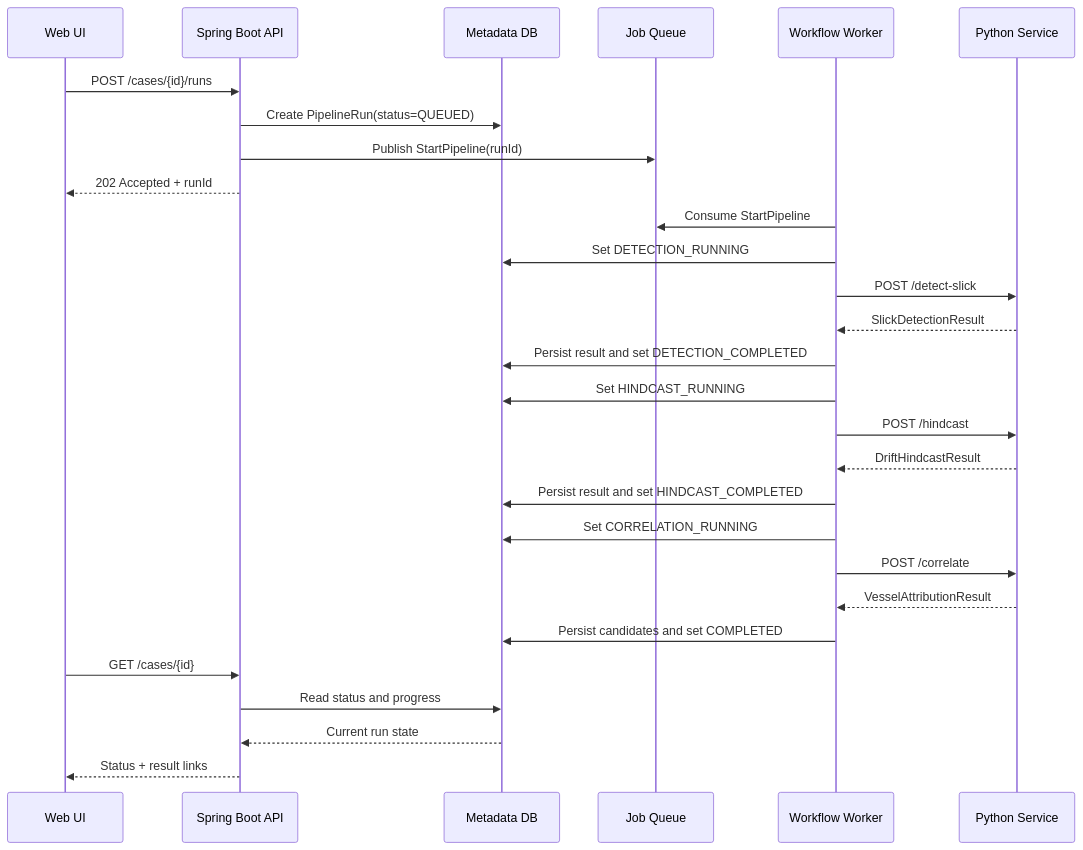
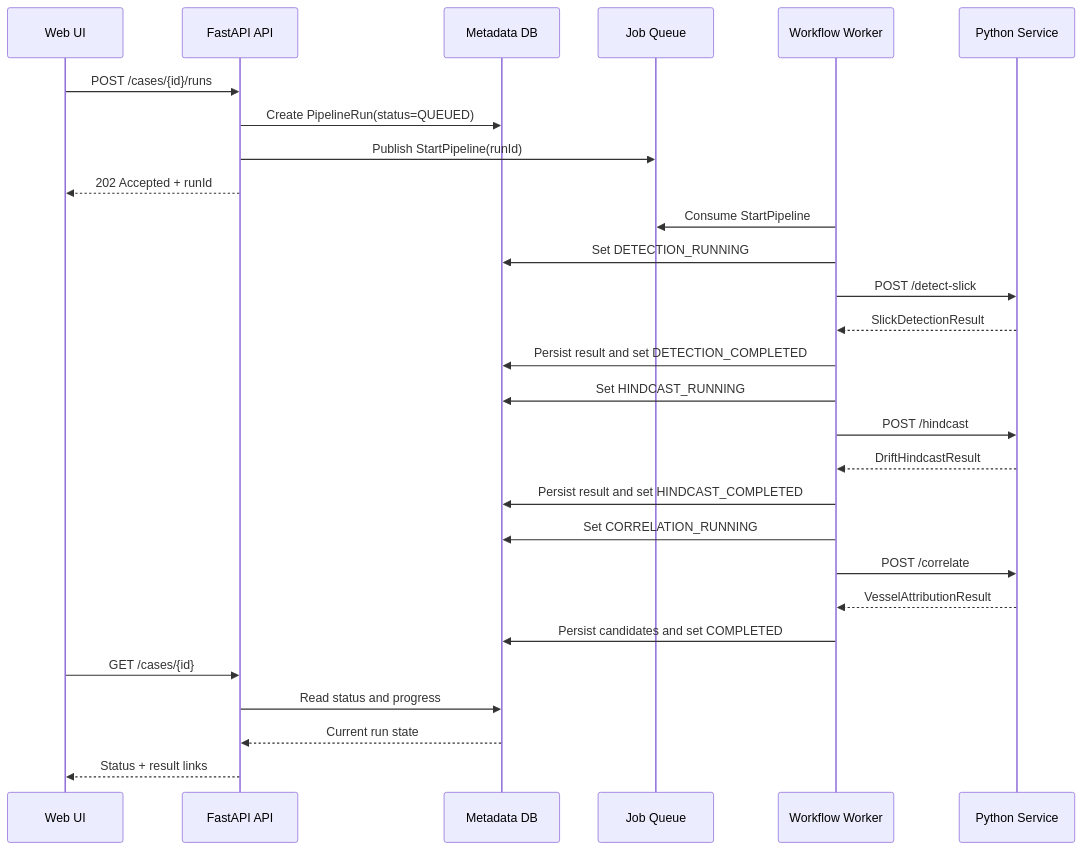
Before and after one commit to ankushkumar14092-dot/sih-architecture: diagram 16 of 25 in ai-ml-maritime-oil-spill-architecture.md, drawn with Mermaid. The commit also changed other lines of this file and 1 other file, not shown here.

Commit message:
Document FastAPI architecture and implementation plan

````diff
--- a/ai-ml-maritime-oil-spill-architecture.md
+++ b/ai-ml-maritime-oil-spill-architecture.md
@@ -1050,31 +1050,31 @@
 ```mermaid
 sequenceDiagram
     participant Client as Web UI
-    participant API as Spring Boot API
+    participant API as FastAPI API
     participant DB as Metadata DB
     participant Queue as Job Queue
     participant Worker as Workflow Worker
     participant ML as Python Service
 
     Client->>API: POST /cases/{id}/runs
     API->>DB: Create PipelineRun(status=QUEUED)
     API->>Queue: Publish StartPipeline(runId)
     API-->>Client: 202 Accepted + runId
     Worker->>Queue: Consume StartPipeline
     Worker->>DB: Set DETECTION_RUNNING
     Worker->>ML: POST /detect-slick
     ML-->>Worker: SlickDetectionResult
     Worker->>DB: Persist result and set DETECTION_COMPLETED
     Worker->>DB: Set HINDCAST_RUNNING
     Worker->>ML: POST /hindcast
     ML-->>Worker: DriftHindcastResult
     Worker->>DB: Persist result and set HINDCAST_COMPLETED
     Worker->>DB: Set CORRELATION_RUNNING
     Worker->>ML: POST /correlate
     ML-->>Worker: VesselAttributionResult
     Worker->>DB: Persist candidates and set COMPLETED
     Client->>API: GET /cases/{id}
     API->>DB: Read status and progress
     DB-->>API: Current run state
     API-->>Client: Status + result links
 ```
````
